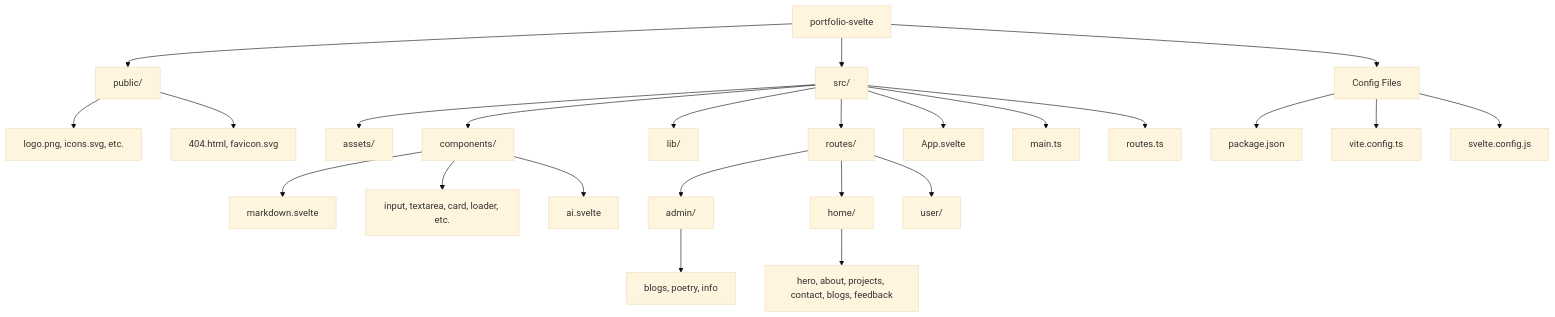
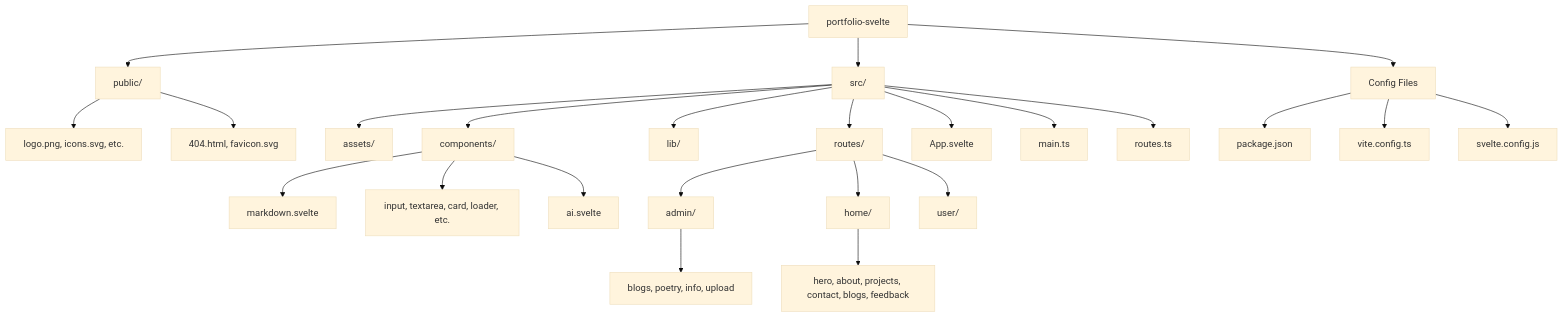
Before and after one commit to RyannKim327/ryannkim327.github.io: the diagram in README.md, drawn with Mermaid (base theme). The commit also changed other lines of this file and 3 other files, not shown here.

````diff
--- a/README.md
+++ b/README.md
@@ -81,32 +83,32 @@
 ```mermaid
 graph TD
     Root[portfolio-svelte] --> Public[public/]
     Root --> Src[src/]
     Root --> Config[Config Files]
 
     Public --> P_Assets[logo.png, icons.svg, etc.]
     Public --> P_Misc[404.html, favicon.svg]
 
     Src --> Assets[assets/]
     Src --> Components[components/]
     Src --> Lib[lib/]
     Src --> Routes[routes/]
     Src --> AppS[App.svelte]
     Src --> MainT[main.ts]
     Src --> RoutesT[routes.ts]
 
     Components --> C_MD[markdown.svelte]
     Components --> C_UI[input, textarea, card, loader, etc.]
     Components --> C_AI[ai.svelte]
 
     Routes --> R_Admin[admin/]
     Routes --> R_Home[home/]
     Routes --> R_User[user/]
 
-    R_Admin --> A_Views[blogs, poetry, info]
+    R_Admin --> A_Views[blogs, poetry, info, upload]
     R_Home --> H_Sections[hero, about, projects, contact, blogs, feedback]
 
     Config --> C_Pkg[package.json]
     Config --> C_Vite[vite.config.ts]
     Config --> C_Svelte[svelte.config.js]
 ```
````
